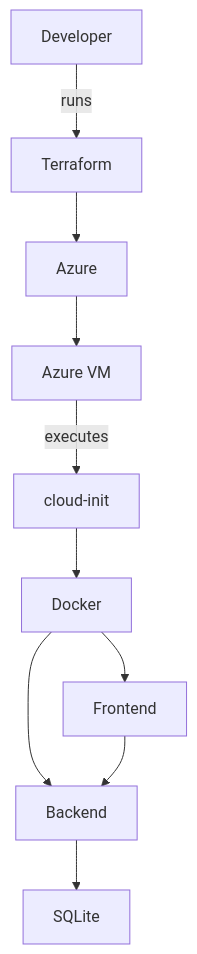
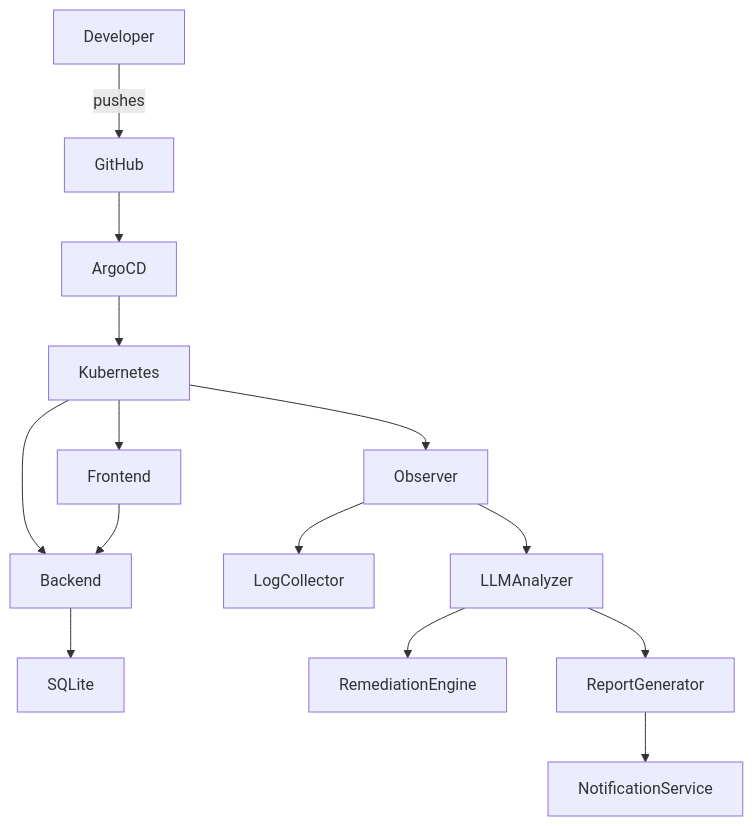
One commit to shadakhtar1/ci-cd-pipeline-health-dashboard changed the first of 4 diagrams in CI-CD-Dashboard/README.md. Above: the diagram before and after it, drawn with Mermaid. The commit also changed other lines of this file and 16 other files, not shown here.

Commit message:
Ai Observer service

````diff
--- a/CI-CD-Dashboard/README.md
+++ b/CI-CD-Dashboard/README.md
@@ -86,12 +86,16 @@
 ```mermaid
 graph TD
-  Developer -->|runs| Terraform
-  Terraform --> Azure
-  Azure --> AzureVM[Azure VM]
-  AzureVM -->|executes| cloudinit[cloud-init]
-  cloudinit --> Docker
-  Docker --> Backend
-  Docker --> Frontend
+  Developer -->|pushes| GitHub
+  GitHub --> ArgoCD
+  ArgoCD --> Kubernetes
+  Kubernetes --> Backend
+  Kubernetes --> Frontend
   Backend --> SQLite
   Frontend --> Backend
+  Kubernetes --> Observer
+  Observer --> LogCollector
+  Observer --> LLMAnalyzer
+  LLMAnalyzer --> RemediationEngine
+  LLMAnalyzer --> ReportGenerator
+  ReportGenerator --> NotificationService
 ```
````
